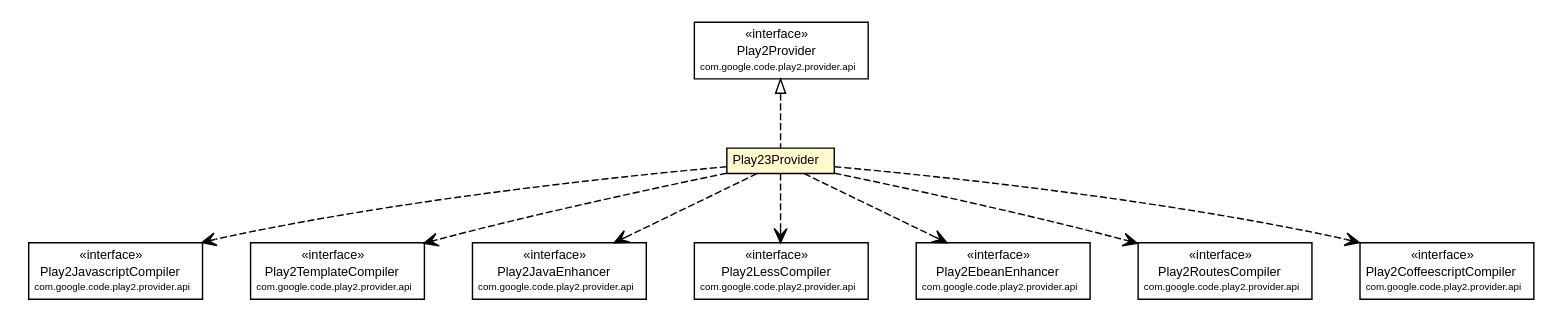
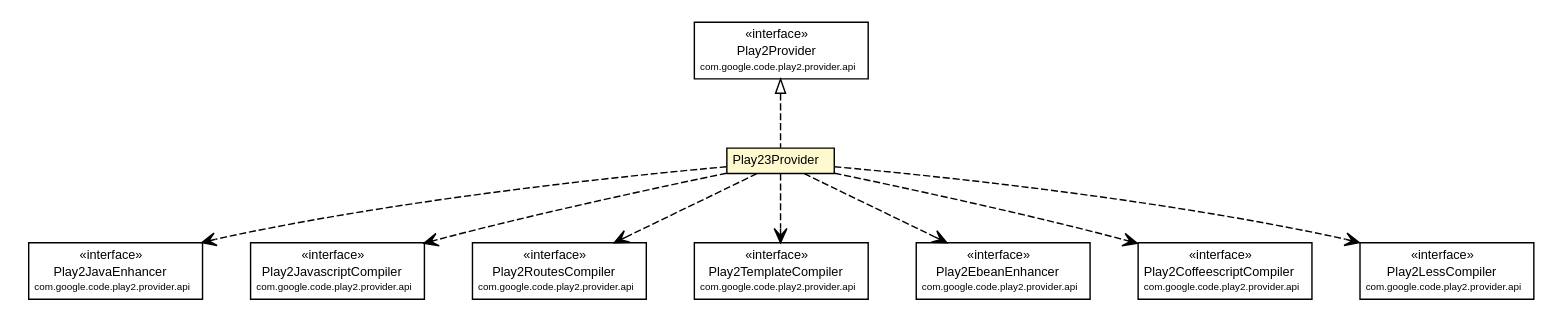
One commit to wouterhardeman/play2-maven-plugin changed the diagram in mavensite/1.0.0-beta2-SNAPSHOT/play2-providers/play2-provider-play23/apidocs/com/google/code/play2/provider/play23/Play23Provider.dot. Above: the diagram before and after it, drawn with Graphviz. The commit also changed 222 other files, not shown here.

```diff
--- a/mavensite/1.0.0-beta2-SNAPSHOT/play2-providers/play2-provider-play23/apidocs/com/google/code/play2/provider/play23/Play23Provider.dot
+++ b/mavensite/1.0.0-beta2-SNAPSHOT/play2-providers/play2-provider-play23/apidocs/com/google/code/play2/provider/play23/Play23Provider.dot
@@ -1,98 +1,98 @@
 #!/usr/local/bin/dot
 #
 # Class diagram 
 # Generated by UMLGraph version R5_6-24-gf6e263 (http://www.umlgraph.org/)
 #
 
 digraph G {
 	edge [fontname="arial",fontsize=10,labelfontname="arial",labelfontsize=10];
 	node [fontname="arial",fontsize=10,shape=plaintext];
 	nodesep=0.25;
 	ranksep=0.5;
 	// com.google.code.play2.provider.play23.Play23Provider
 	c177 [label=<<table title="com.google.code.play2.provider.play23.Play23Provider" border="0" cellborder="1" cellspacing="0" cellpadding="2" port="p" bgcolor="lemonChiffon" href="./Play23Provider.html">
 		<tr><td><table border="0" cellspacing="0" cellpadding="1">
 <tr><td align="center" balign="center"> Play23Provider </td></tr>
 		</table></td></tr>
 		</table>>, URL="./Play23Provider.html", fontname="arial", fontcolor="black", fontsize=9.0];
 	//com.google.code.play2.provider.play23.Play23Provider implements com.google.code.play2.provider.api.Play2Provider
 	c186:p -> c177:p [dir=back,arrowtail=empty,style=dashed];
+	// com.google.code.play2.provider.play23.Play23Provider DEPEND com.google.code.play2.provider.api.Play2JavaEnhancer
+	c177:p -> c187:p [taillabel="", label="", headlabel="", fontname="arial", fontcolor="black", fontsize=10.0, color="black", arrowhead=open, style=dashed];
 	// com.google.code.play2.provider.play23.Play23Provider DEPEND com.google.code.play2.provider.api.Play2JavascriptCompiler
-	c177:p -> c187:p [taillabel="", label="", headlabel="", fontname="arial", fontcolor="black", fontsize=10.0, color="black", arrowhead=open, style=dashed];
+	c177:p -> c188:p [taillabel="", label="", headlabel="", fontname="arial", fontcolor="black", fontsize=10.0, color="black", arrowhead=open, style=dashed];
+	// com.google.code.play2.provider.play23.Play23Provider DEPEND com.google.code.play2.provider.api.Play2RoutesCompiler
+	c177:p -> c189:p [taillabel="", label="", headlabel="", fontname="arial", fontcolor="black", fontsize=10.0, color="black", arrowhead=open, style=dashed];
 	// com.google.code.play2.provider.play23.Play23Provider DEPEND com.google.code.play2.provider.api.Play2TemplateCompiler
-	c177:p -> c188:p [taillabel="", label="", headlabel="", fontname="arial", fontcolor="black", fontsize=10.0, color="black", arrowhead=open, style=dashed];
-	// com.google.code.play2.provider.play23.Play23Provider DEPEND com.google.code.play2.provider.api.Play2JavaEnhancer
-	c177:p -> c189:p [taillabel="", label="", headlabel="", fontname="arial", fontcolor="black", fontsize=10.0, color="black", arrowhead=open, style=dashed];
-	// com.google.code.play2.provider.play23.Play23Provider DEPEND com.google.code.play2.provider.api.Play2LessCompiler
 	c177:p -> c190:p [taillabel="", label="", headlabel="", fontname="arial", fontcolor="black", fontsize=10.0, color="black", arrowhead=open, style=dashed];
 	// com.google.code.play2.provider.play23.Play23Provider DEPEND com.google.code.play2.provider.api.Play2EbeanEnhancer
 	c177:p -> c191:p [taillabel="", label="", headlabel="", fontname="arial", fontcolor="black", fontsize=10.0, color="black", arrowhead=open, style=dashed];
-	// com.google.code.play2.provider.play23.Play23Provider DEPEND com.google.code.play2.provider.api.Play2RoutesCompiler
+	// com.google.code.play2.provider.play23.Play23Provider DEPEND com.google.code.play2.provider.api.Play2CoffeescriptCompiler
 	c177:p -> c192:p [taillabel="", label="", headlabel="", fontname="arial", fontcolor="black", fontsize=10.0, color="black", arrowhead=open, style=dashed];
-	// com.google.code.play2.provider.play23.Play23Provider DEPEND com.google.code.play2.provider.api.Play2CoffeescriptCompiler
+	// com.google.code.play2.provider.play23.Play23Provider DEPEND com.google.code.play2.provider.api.Play2LessCompiler
 	c177:p -> c193:p [taillabel="", label="", headlabel="", fontname="arial", fontcolor="black", fontsize=10.0, color="black", arrowhead=open, style=dashed];
-	// com.google.code.play2.provider.api.Play2LessCompiler
-	c190 [label=<<table title="com.google.code.play2.provider.api.Play2LessCompiler" border="0" cellborder="1" cellspacing="0" cellpadding="2" port="p">
-		<tr><td><table border="0" cellspacing="0" cellpadding="1">
-<tr><td align="center" balign="center"> &#171;interface&#187; </td></tr>
-<tr><td align="center" balign="center"> Play2LessCompiler </td></tr>
-<tr><td align="center" balign="center"><font point-size="7.0"> com.google.code.play2.provider.api </font></td></tr>
-		</table></td></tr>
-		</table>>, URL="null", fontname="arial", fontcolor="black", fontsize=9.0];
 	// com.google.code.play2.provider.api.Play2EbeanEnhancer
 	c191 [label=<<table title="com.google.code.play2.provider.api.Play2EbeanEnhancer" border="0" cellborder="1" cellspacing="0" cellpadding="2" port="p">
 		<tr><td><table border="0" cellspacing="0" cellpadding="1">
 <tr><td align="center" balign="center"> &#171;interface&#187; </td></tr>
 <tr><td align="center" balign="center"> Play2EbeanEnhancer </td></tr>
 <tr><td align="center" balign="center"><font point-size="7.0"> com.google.code.play2.provider.api </font></td></tr>
 		</table></td></tr>
 		</table>>, URL="null", fontname="arial", fontcolor="black", fontsize=9.0];
+	// com.google.code.play2.provider.api.Play2LessCompiler
+	c193 [label=<<table title="com.google.code.play2.provider.api.Play2LessCompiler" border="0" cellborder="1" cellspacing="0" cellpadding="2" port="p">
+		<tr><td><table border="0" cellspacing="0" cellpadding="1">
+<tr><td align="center" balign="center"> &#171;interface&#187; </td></tr>
+<tr><td align="center" balign="center"> Play2LessCompiler </td></tr>
+<tr><td align="center" balign="center"><font point-size="7.0"> com.google.code.play2.provider.api </font></td></tr>
+		</table></td></tr>
+		</table>>, URL="null", fontname="arial", fontcolor="black", fontsize=9.0];
 	// com.google.code.play2.provider.api.Play2CoffeescriptCompiler
-	c193 [label=<<table title="com.google.code.play2.provider.api.Play2CoffeescriptCompiler" border="0" cellborder="1" cellspacing="0" cellpadding="2" port="p">
+	c192 [label=<<table title="com.google.code.play2.provider.api.Play2CoffeescriptCompiler" border="0" cellborder="1" cellspacing="0" cellpadding="2" port="p">
 		<tr><td><table border="0" cellspacing="0" cellpadding="1">
 <tr><td align="center" balign="center"> &#171;interface&#187; </td></tr>
 <tr><td align="center" balign="center"> Play2CoffeescriptCompiler </td></tr>
 <tr><td align="center" balign="center"><font point-size="7.0"> com.google.code.play2.provider.api </font></td></tr>
 		</table></td></tr>
 		</table>>, URL="null", fontname="arial", fontcolor="black", fontsize=9.0];
 	// com.google.code.play2.provider.api.Play2JavaEnhancer
-	c189 [label=<<table title="com.google.code.play2.provider.api.Play2JavaEnhancer" border="0" cellborder="1" cellspacing="0" cellpadding="2" port="p">
+	c187 [label=<<table title="com.google.code.play2.provider.api.Play2JavaEnhancer" border="0" cellborder="1" cellspacing="0" cellpadding="2" port="p">
 		<tr><td><table border="0" cellspacing="0" cellpadding="1">
 <tr><td align="center" balign="center"> &#171;interface&#187; </td></tr>
 <tr><td align="center" balign="center"> Play2JavaEnhancer </td></tr>
 <tr><td align="center" balign="center"><font point-size="7.0"> com.google.code.play2.provider.api </font></td></tr>
 		</table></td></tr>
 		</table>>, URL="null", fontname="arial", fontcolor="black", fontsize=9.0];
 	// com.google.code.play2.provider.api.Play2RoutesCompiler
-	c192 [label=<<table title="com.google.code.play2.provider.api.Play2RoutesCompiler" border="0" cellborder="1" cellspacing="0" cellpadding="2" port="p">
+	c189 [label=<<table title="com.google.code.play2.provider.api.Play2RoutesCompiler" border="0" cellborder="1" cellspacing="0" cellpadding="2" port="p">
 		<tr><td><table border="0" cellspacing="0" cellpadding="1">
 <tr><td align="center" balign="center"> &#171;interface&#187; </td></tr>
 <tr><td align="center" balign="center"> Play2RoutesCompiler </td></tr>
 <tr><td align="center" balign="center"><font point-size="7.0"> com.google.code.play2.provider.api </font></td></tr>
 		</table></td></tr>
 		</table>>, URL="null", fontname="arial", fontcolor="black", fontsize=9.0];
 	// com.google.code.play2.provider.api.Play2JavascriptCompiler
-	c187 [label=<<table title="com.google.code.play2.provider.api.Play2JavascriptCompiler" border="0" cellborder="1" cellspacing="0" cellpadding="2" port="p">
+	c188 [label=<<table title="com.google.code.play2.provider.api.Play2JavascriptCompiler" border="0" cellborder="1" cellspacing="0" cellpadding="2" port="p">
 		<tr><td><table border="0" cellspacing="0" cellpadding="1">
 <tr><td align="center" balign="center"> &#171;interface&#187; </td></tr>
 <tr><td align="center" balign="center"> Play2JavascriptCompiler </td></tr>
 <tr><td align="center" balign="center"><font point-size="7.0"> com.google.code.play2.provider.api </font></td></tr>
 		</table></td></tr>
 		</table>>, URL="null", fontname="arial", fontcolor="black", fontsize=9.0];
 	// com.google.code.play2.provider.api.Play2Provider
 	c186 [label=<<table title="com.google.code.play2.provider.api.Play2Provider" border="0" cellborder="1" cellspacing="0" cellpadding="2" port="p">
 		<tr><td><table border="0" cellspacing="0" cellpadding="1">
 <tr><td align="center" balign="center"> &#171;interface&#187; </td></tr>
 <tr><td align="center" balign="center"> Play2Provider </td></tr>
 <tr><td align="center" balign="center"><font point-size="7.0"> com.google.code.play2.provider.api </font></td></tr>
 		</table></td></tr>
 		</table>>, URL="null", fontname="arial", fontcolor="black", fontsize=9.0];
 	// com.google.code.play2.provider.api.Play2TemplateCompiler
-	c188 [label=<<table title="com.google.code.play2.provider.api.Play2TemplateCompiler" border="0" cellborder="1" cellspacing="0" cellpadding="2" port="p">
+	c190 [label=<<table title="com.google.code.play2.provider.api.Play2TemplateCompiler" border="0" cellborder="1" cellspacing="0" cellpadding="2" port="p">
 		<tr><td><table border="0" cellspacing="0" cellpadding="1">
 <tr><td align="center" balign="center"> &#171;interface&#187; </td></tr>
 <tr><td align="center" balign="center"> Play2TemplateCompiler </td></tr>
 <tr><td align="center" balign="center"><font point-size="7.0"> com.google.code.play2.provider.api </font></td></tr>
 		</table></td></tr>
 		</table>>, URL="null", fontname="arial", fontcolor="black", fontsize=9.0];
 }
```
